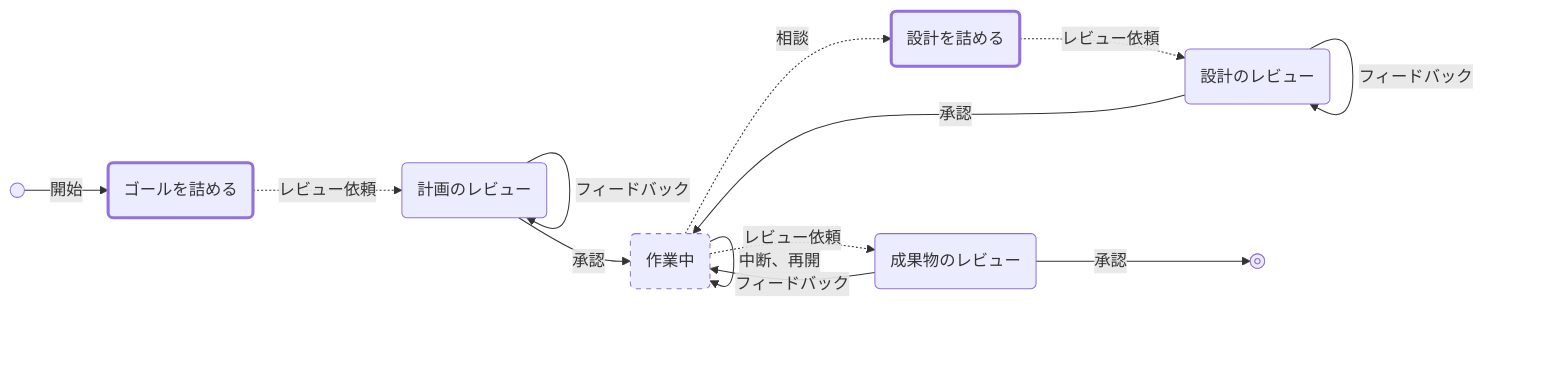
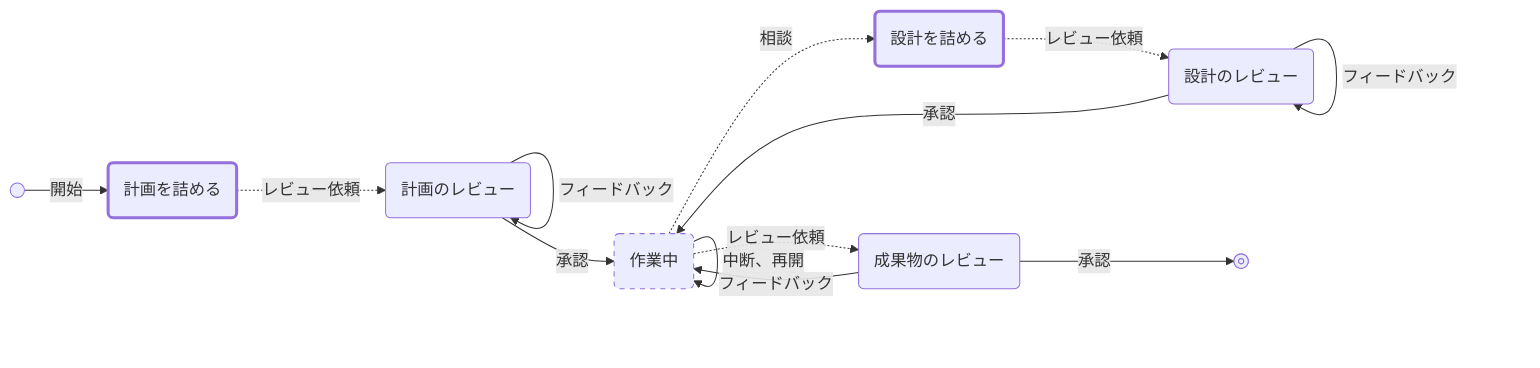
The diagram in rn/README.md (lovaizu/ccpm), drawn with Mermaid before and after one commit.

Commit message:
docs(rn): README — the first talk works out the plan, matching the plan review it leads to

````diff
--- a/rn/README.md
+++ b/rn/README.md
@@ -22,28 +22,28 @@
 ```mermaid
 flowchart LR
     S@{ shape: sm-circ }
-    Goal("ゴールを詰める")
+    Goal("計画を詰める")
     Plan("計画のレビュー")
     Work("作業中")
     Talk("設計を詰める")
     Design("設計のレビュー")
     Deliverable("成果物のレビュー")
     E@{ shape: fr-circ }
 
     S -->|開始| Goal
     Goal -.->|レビュー依頼| Plan
     Plan -->|フィードバック| Plan
     Plan -->|承認| Work
     Work -->|中断、再開| Work
     Work -.->|相談| Talk
     Talk -.->|レビュー依頼| Design
     Work -.->|レビュー依頼| Deliverable
     Design -->|フィードバック| Design
     Design -->|承認| Work
     Deliverable -->|フィードバック| Work
     Deliverable -->|承認| E
 
     style Work stroke-dasharray: 5 5
     style Goal stroke-width: 3px
     style Talk stroke-width: 3px
 ```
````
